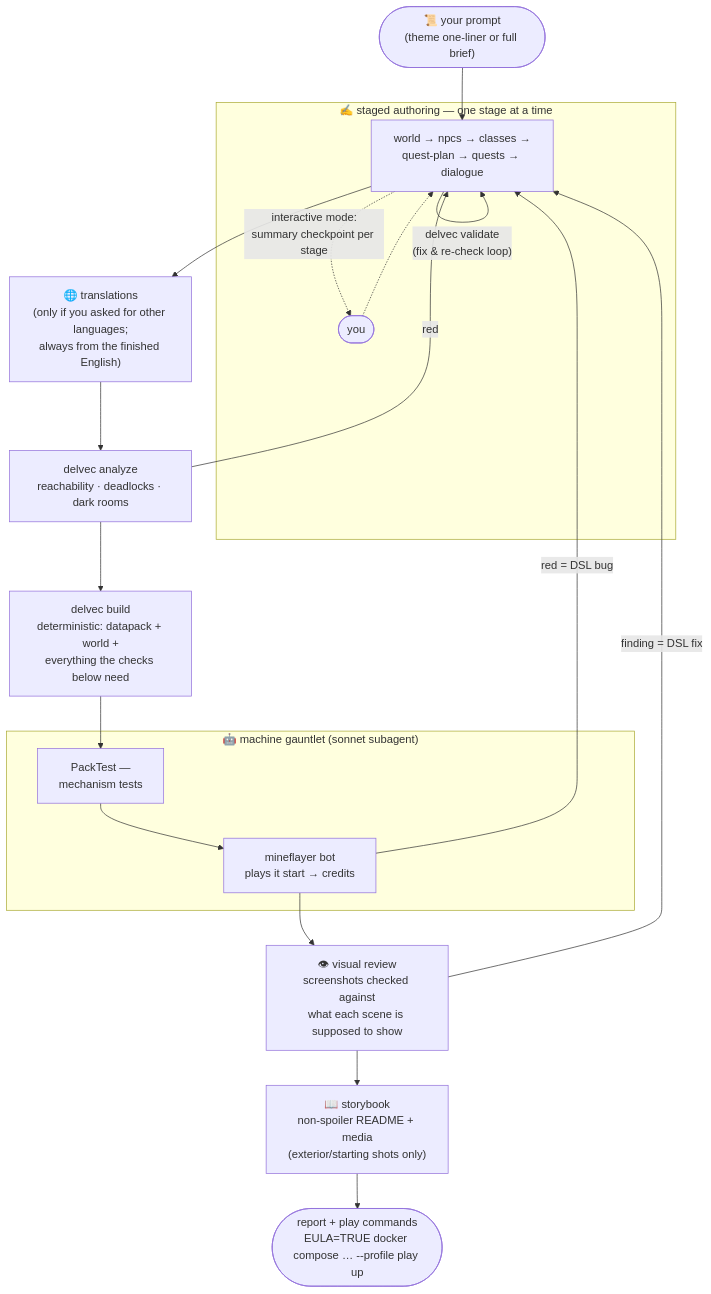
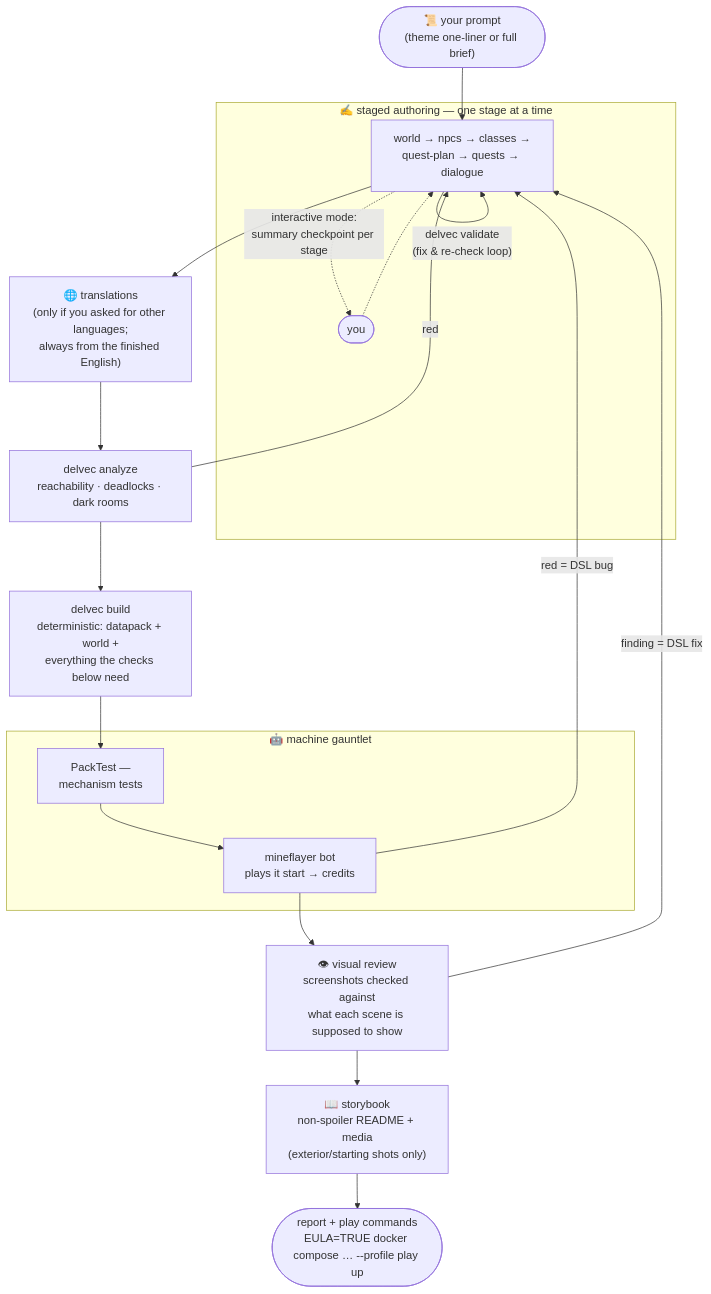
Before and after one commit to stellarfeline/delvewright: the diagram in README.md, drawn with Mermaid. The commit also changed 1 other file, not shown here.

Commit message:
docs: strip agent-internal detail from user-facing README; codify audience separation
The README's pipeline diagram leaked planner-internal dispatch detail
(model tier of a validation subagent) into a player/user-facing document.
Removed. New convention in CLAUDE.md: every doc has one target reader;
agent-facing docs may be technical, user-facing docs carry only what the
reader needs — no internal machinery. Applies to both repos.

````diff
--- a/README.md
+++ b/README.md
@@ -46,28 +46,28 @@
 ```mermaid
 flowchart TD
     P(["📜 your prompt<br/>(theme one-liner or full brief)"]) --> A
 
     subgraph AUTHOR ["✍️ staged authoring — one stage at a time"]
         A["world → npcs → classes →<br/>quest-plan → quests → dialogue"]
         A -->|"delvec validate<br/>(fix & re-check loop)"| A
         A -.->|"interactive mode:<br/>summary checkpoint per stage"| U([you])
         U -.-> A
     end
 
     A --> L["🌐 translations<br/>(only if you asked for other languages;<br/>always from the finished English)"]
     L --> AN["delvec analyze<br/>reachability · deadlocks · dark rooms"]
     AN --> B["delvec build<br/>deterministic: datapack + world +<br/>everything the checks below need"]
 
-    subgraph MACHINE ["🤖 machine gauntlet (sonnet subagent)"]
+    subgraph MACHINE ["🤖 machine gauntlet"]
         PT["PackTest —<br/>mechanism tests"] --> BOT["mineflayer bot<br/>plays it start → credits"]
     end
     B --> PT
 
     BOT --> V["👁 visual review<br/>screenshots checked against<br/>what each scene is supposed to show"]
     V --> SB["📖 storybook<br/>non-spoiler README + media<br/>(exterior/starting shots only)"]
     SB --> R(["report + play commands<br/>EULA=TRUE docker compose … --profile play up"])
 
     AN -->|red| A
     BOT -->|red = DSL bug| A
     V -->|finding = DSL fix| A
 ```
````
